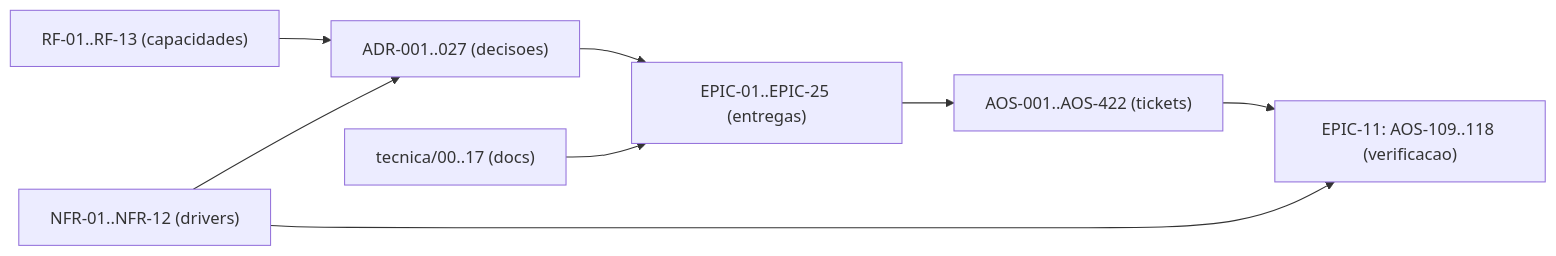
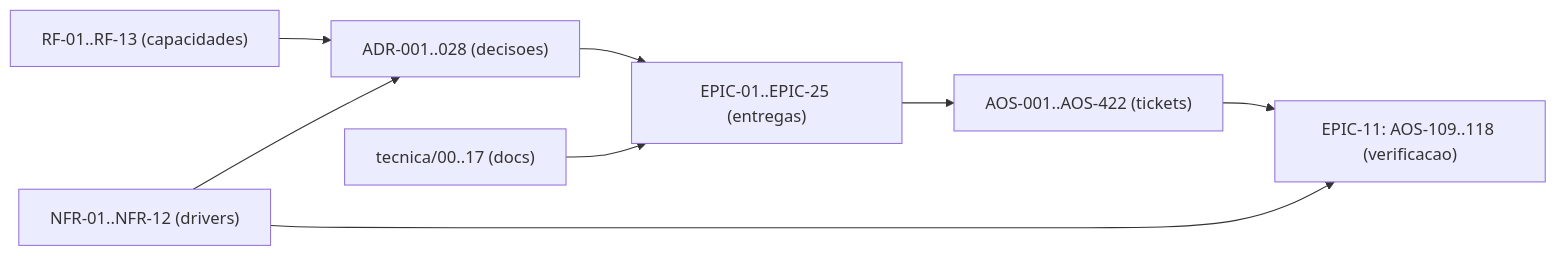
The diagram in tecnica/16_Rastreabilidade_RTM.md (albinoJimy/aos), drawn with Mermaid before and after one commit. The commit also changed other lines of this file and 3 other files, not shown here.

````diff
--- a/tecnica/16_Rastreabilidade_RTM.md
+++ b/tecnica/16_Rastreabilidade_RTM.md
@@ -186,10 +188,10 @@
 ```mermaid
 flowchart LR
-    RF["RF-01..RF-13 (capacidades)"] --> ADR["ADR-001..027 (decisoes)"]
+    RF["RF-01..RF-13 (capacidades)"] --> ADR["ADR-001..028 (decisoes)"]
     NFR["NFR-01..NFR-12 (drivers)"] --> ADR
     ADR --> EPIC["EPIC-01..EPIC-25 (entregas)"]
     EPIC --> TICK["AOS-001..AOS-422 (tickets)"]
     DOC["tecnica/00..17 (docs)"] --> EPIC
     TICK --> TEST["EPIC-11: AOS-109..118 (verificacao)"]
     NFR --> TEST
 ```
````
